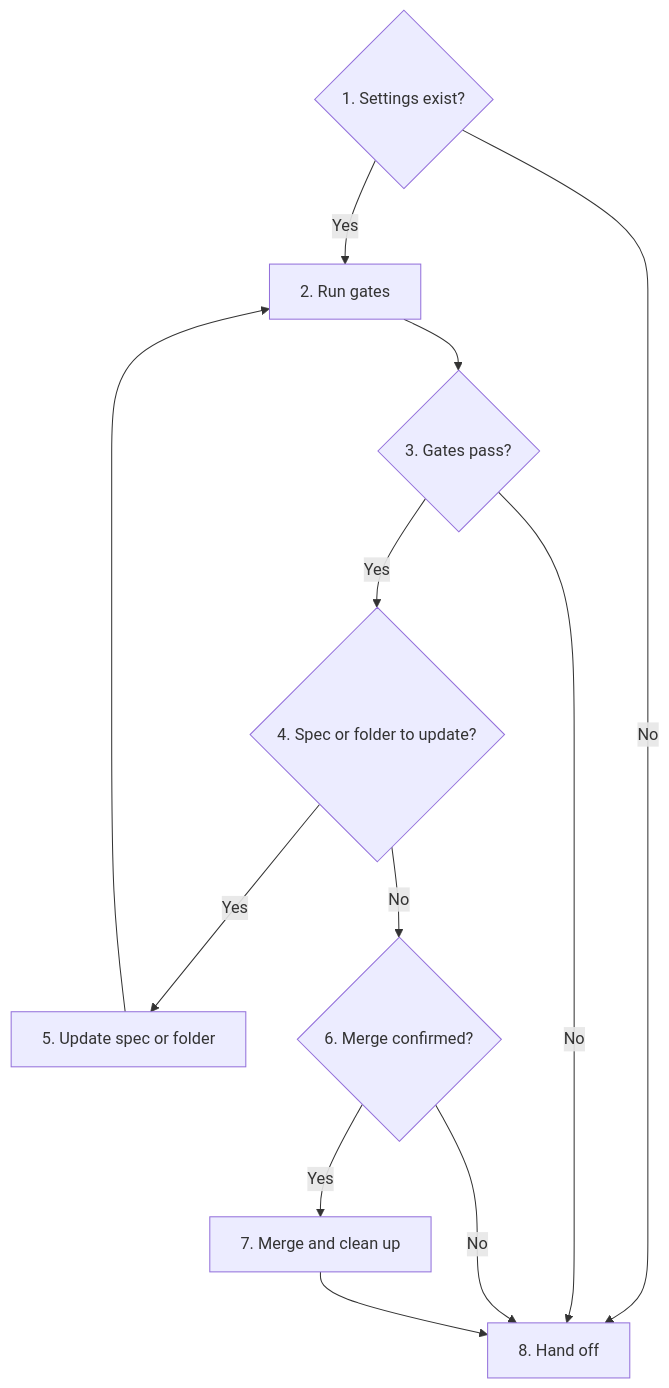
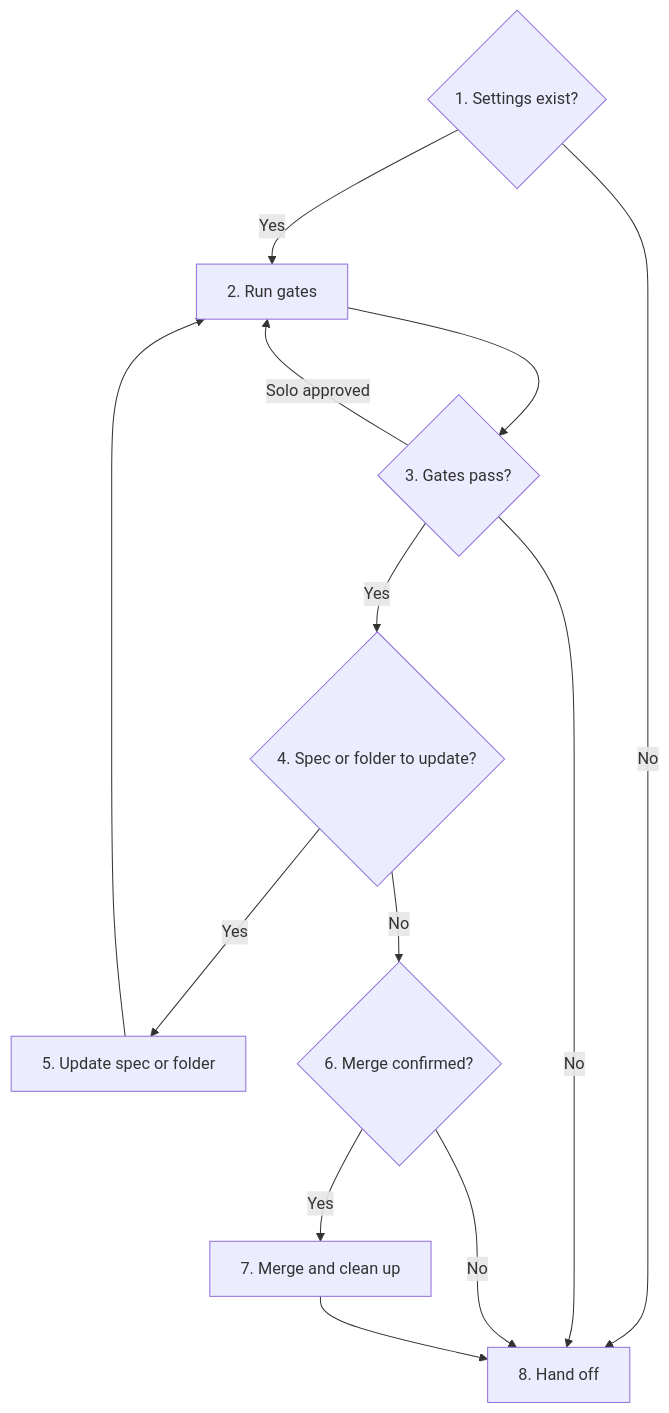
The diagram in skills/sdlc/ship/SKILL.md (cultoftheai/skills), drawn with Mermaid before and after one commit. The commit also changed other lines of this file, not shown here.

Commit message:
Support solo-maintainer chat approval in ship skill (#105)

````diff
--- a/skills/sdlc/ship/SKILL.md
+++ b/skills/sdlc/ship/SKILL.md
@@ -23,23 +23,24 @@
 ```mermaid
 flowchart TD
     A{1. Settings exist?}
     B[2. Run gates]
     C{3. Gates pass?}
     D{4. Spec or folder to update?}
     E[5. Update spec or folder]
     F{6. Merge confirmed?}
     G[7. Merge and clean up]
     H[8. Hand off]
 
     A -->|Yes| B
     A -->|No| H
     B --> C
     C -->|Yes| D
+    C -->|Solo approved| B
     C -->|No| H
     D -->|Yes| E
     D -->|No| F
     E --> B
     F -->|Yes| G
     F -->|No| H
     G --> H
 ```
````
